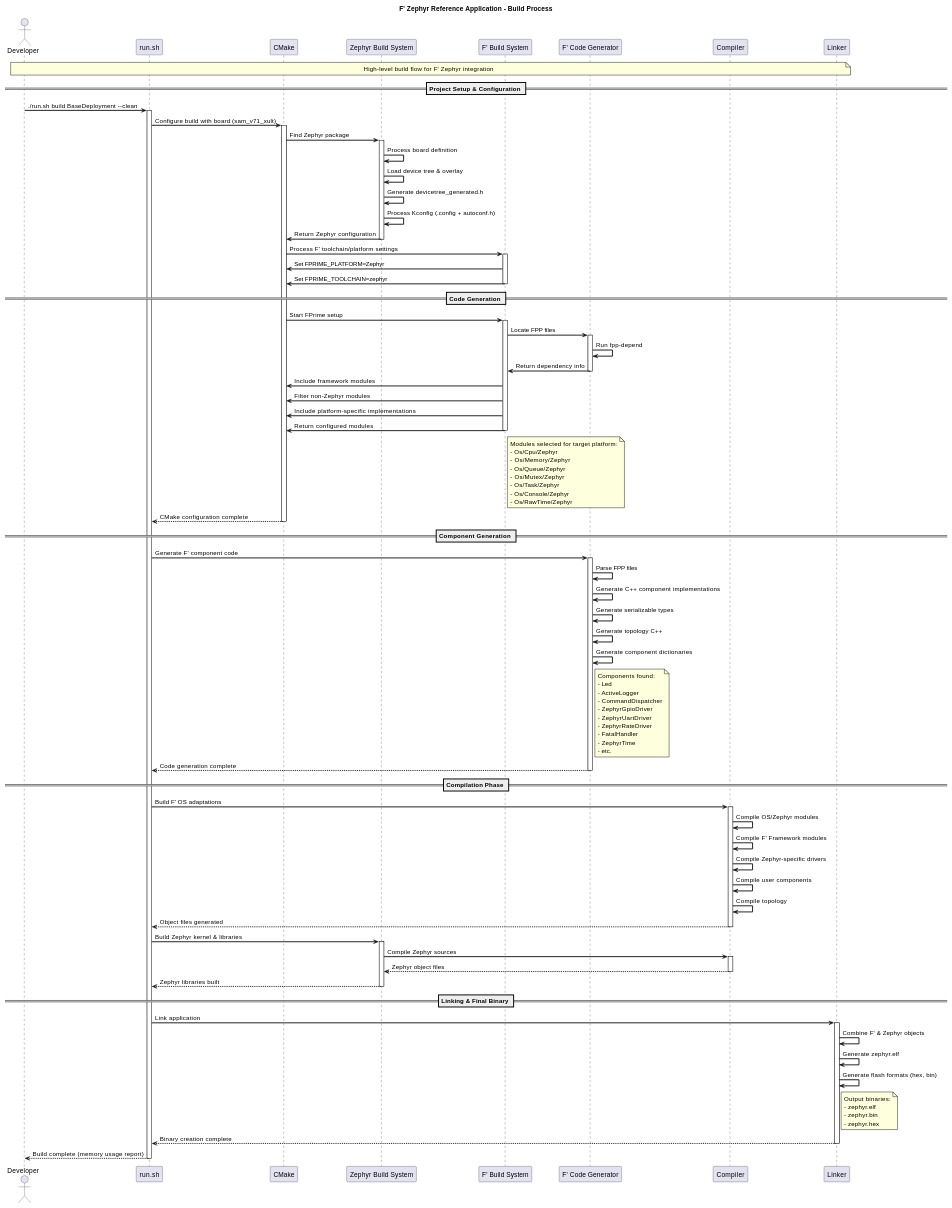
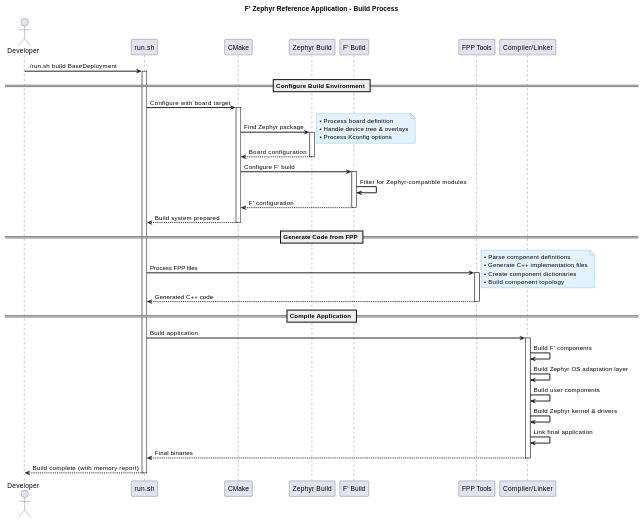
Before and after one commit to ReggieMarr/fprime-zephyr-reference: the third of 4 diagrams in README.org, drawn with PlantUML. The commit also changed other lines of this file and 4 other files, not shown here.

```diff
--- a/README.org
+++ b/README.org
@@ -99,145 +174,72 @@
 @startuml F' Zephyr Build Process
 
 skinparam sequenceArrowThickness 2
-skinparam sequenceGroupBorderThickness 2
-skinparam NoteBorderThickness 1
-skinparam SequenceBoxBorderColor #0B5394
+skinparam sequenceBoxBorderColor #0B5394
+skinparam NoteBackgroundColor #E3F2FD
+skinparam NoteBorderColor #2196F3
 
 title F' Zephyr Reference Application - Build Process
 
 actor "Developer" as dev
 participant "run.sh" as runsh
 participant "CMake" as cmake
-participant "Zephyr Build System" as zephyr
-participant "F' Build System" as fprime
-participant "F' Code Generator" as fpptools
-participant "Compiler" as compiler
-participant "Linker" as linker
+participant "Zephyr Build" as zephyr
+participant "F' Build" as fprime
+participant "FPP Tools" as fpptools
+participant "Compiler/Linker" as compiler
 
-note over dev, linker
-  High-level build flow for F' Zephyr integration
-end note
-
-== Project Setup & Configuration ==
-dev -> runsh: ./run.sh build BaseDeployment --clean
+dev -> runsh: ./run.sh build BaseDeployment
 activate runsh
 
-runsh -> cmake: Configure build with board (sam_v71_xult)
+== Configure Build Environment ==
+runsh -> cmake: Configure with board target
 activate cmake
 
 cmake -> zephyr: Find Zephyr package
 activate zephyr
-zephyr -> zephyr: Process board definition
-zephyr -> zephyr: Load device tree & overlay
-zephyr -> zephyr: Generate devicetree_generated.h
-zephyr -> zephyr: Process Kconfig (.config + autoconf.h)
-zephyr -> cmake: Return Zephyr configuration
+note right
+  • Process board definition
+  • Handle device tree & overlays
+  • Process Kconfig options
+end note
+zephyr --> cmake: Board configuration
 deactivate zephyr
 
-cmake -> fprime: Process F' toolchain/platform settings
+cmake -> fprime: Configure F' build
 activate fprime
-
-fprime -> cmake: Set FPRIME_PLATFORM=Zephyr
-fprime -> cmake: Set FPRIME_TOOLCHAIN=zephyr
+fprime -> fprime: Filter for Zephyr-compatible modules
+fprime --> cmake: F' configuration
 deactivate fprime
 
-== Code Generation ==
-cmake -> fprime: Start FPrime setup
-activate fprime
+cmake --> runsh: Build system prepared
+deactivate cmake
 
-fprime -> fpptools: Locate FPP files
+== Generate Code from FPP ==
+runsh -> fpptools: Process FPP files
 activate fpptools
-fpptools -> fpptools: Run fpp-depend
-fpptools -> fprime: Return dependency info
+note right
+  • Parse component definitions
+  • Generate C++ implementation files
+  • Create component dictionaries
+  • Build component topology
+end note
+fpptools --> runsh: Generated C++ code
 deactivate fpptools
 
-fprime -> cmake: Include framework modules
-fprime -> cmake: Filter non-Zephyr modules
-fprime -> cmake: Include platform-specific implementations
-fprime -> cmake: Return configured modules
-deactivate fprime
+== Compile Application ==
+runsh -> compiler: Build application
+activate compiler
+compiler -> compiler: Build F' components
+compiler -> compiler: Build Zephyr OS adaptation layer
+compiler -> compiler: Build user components
+compiler -> compiler: Build Zephyr kernel & drivers
 
-note right of fprime
-  Modules selected for target platform:
-  - Os/Cpu/Zephyr
-  - Os/Memory/Zephyr
-  - Os/Queue/Zephyr
-  - Os/Mutex/Zephyr
-  - Os/Task/Zephyr
-  - Os/Console/Zephyr
-  - Os/RawTime/Zephyr
-end note
+compiler -> compiler: Link final application
 
-cmake --> runsh: CMake configuration complete
-deactivate cmake
-
-== Component Generation ==
-runsh -> fpptools: Generate F' component code
-activate fpptools
-
-fpptools -> fpptools: Parse FPP files
-fpptools -> fpptools: Generate C++ component implementations
-fpptools -> fpptools: Generate serializable types
-fpptools -> fpptools: Generate topology C++
-fpptools -> fpptools: Generate component dictionaries
-
-note right of fpptools
-  Components found:
-  - Led
-  - ActiveLogger
-  - CommandDispatcher
-  - ZephyrGpioDriver
-  - ZephyrUartDriver
-  - ZephyrRateDriver
-  - FatalHandler
-  - ZephyrTime
-  - etc.
-end note
-
-fpptools --> runsh: Code generation complete
-deactivate fpptools
-
-== Compilation Phase ==
-runsh -> compiler: Build F' OS adaptations
-activate compiler
-compiler -> compiler: Compile OS/Zephyr modules
-compiler -> compiler: Compile F' Framework modules
-compiler -> compiler: Compile Zephyr-specific drivers
-compiler -> compiler: Compile user components
-compiler -> compiler: Compile topology
-compiler --> runsh: Object files generated
+compiler --> runsh: Final binaries
 deactivate compiler
 
-runsh -> zephyr: Build Zephyr kernel & libraries
-activate zephyr
-
-zephyr -> compiler: Compile Zephyr sources
-activate compiler
-compiler --> zephyr: Zephyr object files
-deactivate compiler
-
-zephyr --> runsh: Zephyr libraries built
-deactivate zephyr
-
-== Linking & Final Binary ==
-runsh -> linker: Link application
-activate linker
-
-linker -> linker: Combine F' & Zephyr objects
-linker -> linker: Generate zephyr.elf
-linker -> linker: Generate flash formats (hex, bin)
-
-note right of linker
-  Output binaries:
-  - zephyr.elf
-  - zephyr.bin
-  - zephyr.hex
-end note
-
-linker --> runsh: Binary creation complete
-deactivate linker
-
-runsh --> dev: Build complete (memory usage report)
+runsh --> dev: Build complete (with memory report)
 deactivate runsh
 
 @enduml
```
